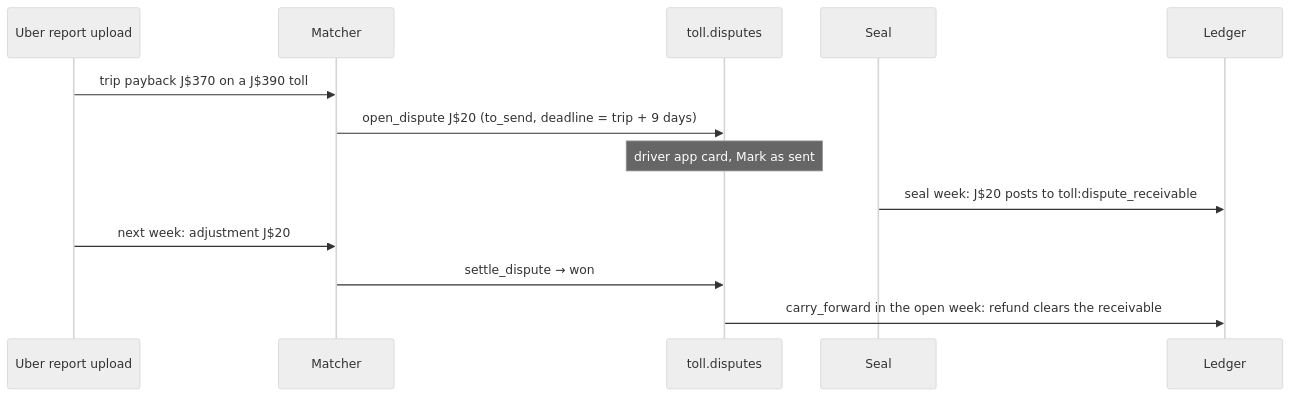
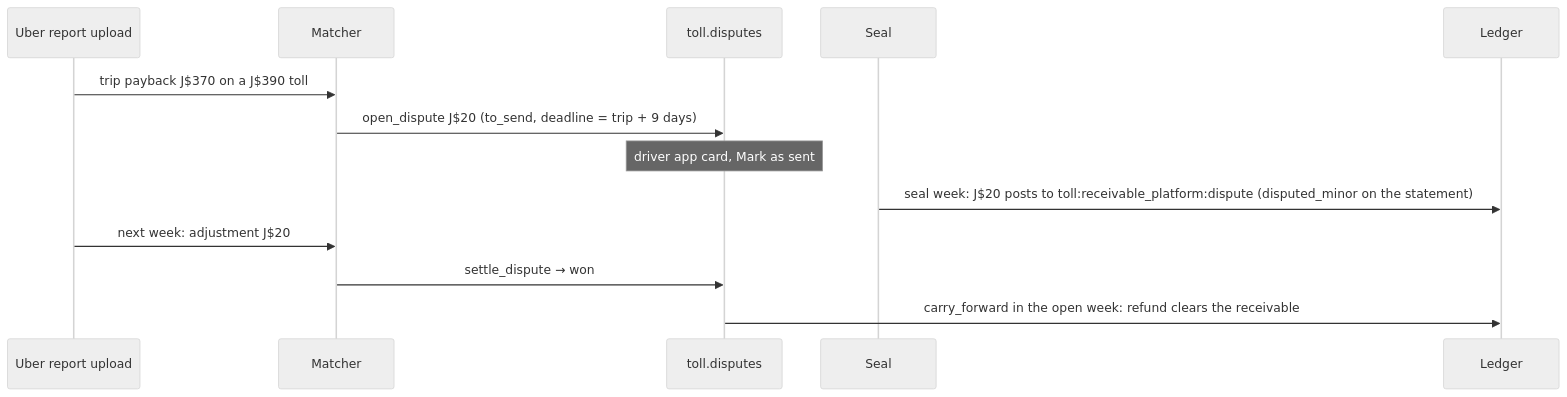
One commit to DeekiiiiiiiT/Goride changed the first of 2 diagrams in docs/toll-architecture-gap-audit.md. Above: the diagram before and after it, drawn with Mermaid (neutral theme). The commit also changed other lines of this file, not shown here.

Commit message:
Toll architecture gap audit Rev 7: reviewer round 2 (R1-R10, S1-S16, nits)

````diff
--- a/docs/toll-architecture-gap-audit.md
+++ b/docs/toll-architecture-gap-audit.md
@@ -334,15 +377,15 @@
 ```mermaid
 sequenceDiagram
   participant U as Uber report upload
   participant M as Matcher
   participant D as toll.disputes
   participant S as Seal
   participant L as Ledger
   U->>M: trip payback J$370 on a J$390 toll
   M->>D: open_dispute J$20 (to_send, deadline = trip + 9 days)
   Note over D: driver app card, Mark as sent
-  S->>L: seal week: J$20 posts to toll:dispute_receivable
+  S->>L: seal week: J$20 posts to toll:receivable_platform:dispute (disputed_minor on the statement)
   U->>M: next week: adjustment J$20
   M->>D: settle_dispute → won
   D->>L: carry_forward in the open week: refund clears the receivable
 ```
````
